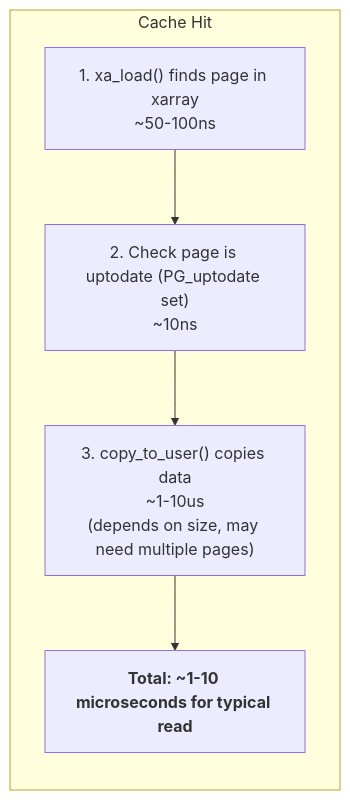
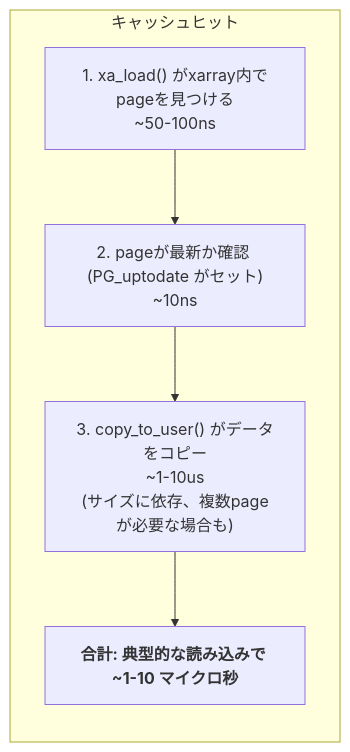
One commit to doguto/linux-kernel-internals-jp changed the fourth of 8 diagrams in docs/mm/life-of-read.md. Above: the diagram before and after it, drawn with Mermaid. The commit also changed other lines of this file and 27 other files, not shown here.

````diff
--- a/docs/mm/life-of-read.md
+++ b/docs/mm/life-of-read.md
@@ -251,10 +251,10 @@
 ```mermaid
 flowchart TD
-    subgraph cachehit["Cache Hit"]
+    subgraph cachehit["キャッシュヒット"]
         direction TB
-        S1["1. xa_load() finds page in xarray<br/>~50-100ns"]
-        S1 --> S2["2. Check page is uptodate (PG_uptodate set)<br/>~10ns"]
-        S2 --> S3["3. copy_to_user() copies data<br/>~1-10us<br/>(depends on size, may need multiple pages)"]
-        S3 --> S4["<b>Total: ~1-10 microseconds for typical read</b>"]
+        S1["1. xa_load() がxarray内でpageを見つける<br/>~50-100ns"]
+        S1 --> S2["2. pageが最新か確認 (PG_uptodate がセット)<br/>~10ns"]
+        S2 --> S3["3. copy_to_user() がデータをコピー<br/>~1-10us<br/>(サイズに依存、複数pageが必要な場合も)"]
+        S3 --> S4["<b>合計: 典型的な読み込みで ~1-10 マイクロ秒</b>"]
     end
 ```
````
